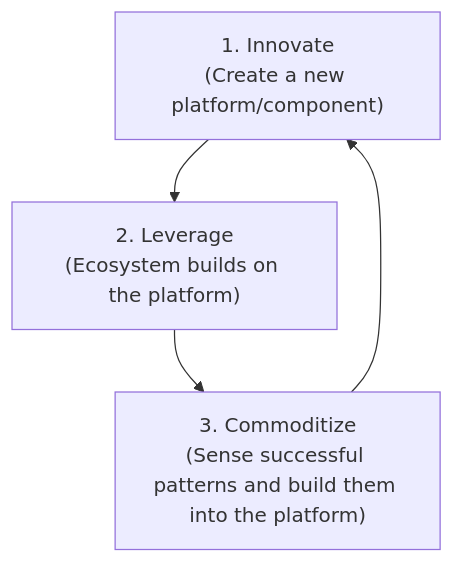
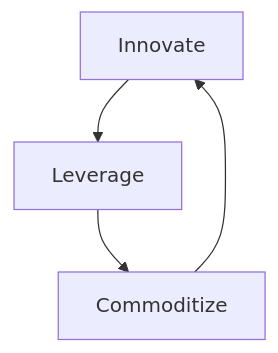
One commit to dave1010/wardley-leadership-strategies changed the diagram in docs/strategies/ecosystem/innovate-leverage-commoditize/index.md. Above: the diagram before and after it, drawn with Mermaid.

Commit message:
ILC diagram fix (#148)

````diff
--- a/docs/strategies/ecosystem/innovate-leverage-commoditize/index.md
+++ b/docs/strategies/ecosystem/innovate-leverage-commoditize/index.md
@@ -27,12 +27,8 @@
 ```mermaid
 flowchart TD
-    Innovate["1. Innovate<br/>(Create a new platform/component)"]
-    Leverage["2. Leverage<br/>(Ecosystem builds on the platform)"]
-    Commoditize["3. Commoditize<br/>(Sense successful patterns and build them into the platform)"]
-
     Innovate --> Leverage
     Leverage --> Commoditize
     Commoditize --> Innovate
 
     class Innovate,Leverage,Commoditize phase
 ```
````
